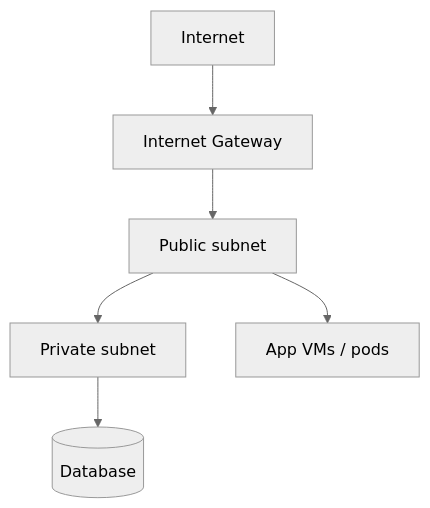
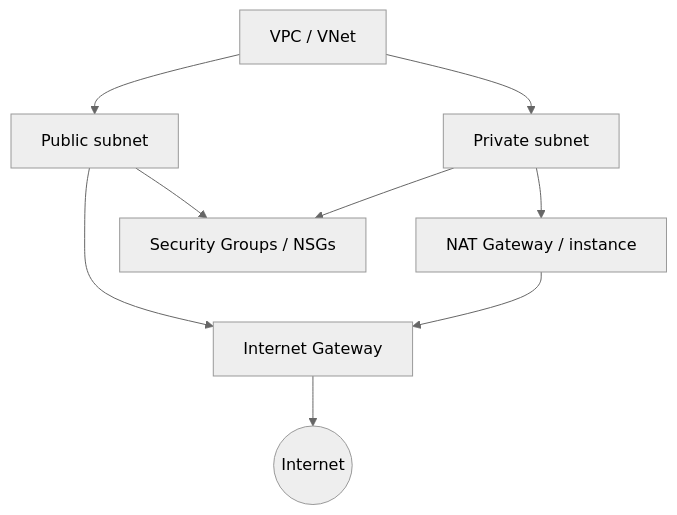
The second of 8 diagrams in learning/12-modern-networking.md (omnayak27199/pktana), drawn with Mermaid (neutral theme) before and after one commit. The commit also changed other lines of this file and 14 other files, not shown here.

````diff
--- a/learning/12-modern-networking.md
+++ b/learning/12-modern-networking.md
@@ -43,8 +51,12 @@
 ```mermaid
 flowchart TB
-  Internet --> IGW[Internet Gateway]
-  IGW --> Pub[Public subnet]
-  Pub --> Priv[Private subnet]
-  Priv --> DB[(Database)]
-  Pub --> App[App VMs / pods]
+  VPC[VPC / VNet]
+  VPC --> Pub[Public subnet]
+  VPC --> Priv[Private subnet]
+  Pub --> IGW[Internet Gateway]
+  Priv --> NAT[NAT Gateway / instance]
+  NAT --> IGW
+  IGW --> Inet((Internet))
+  Pub --> SG[Security Groups / NSGs]
+  Priv --> SG
 ```
````
